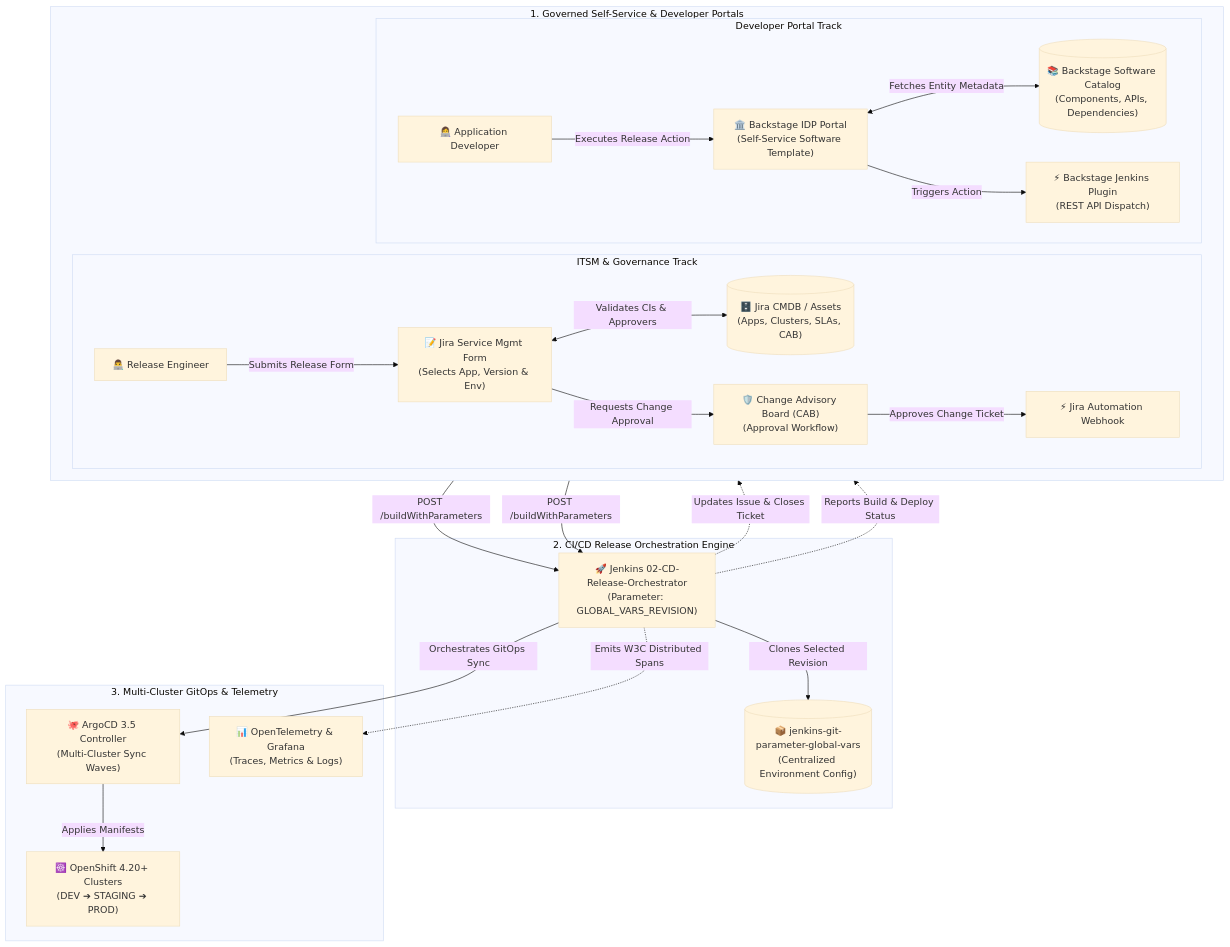
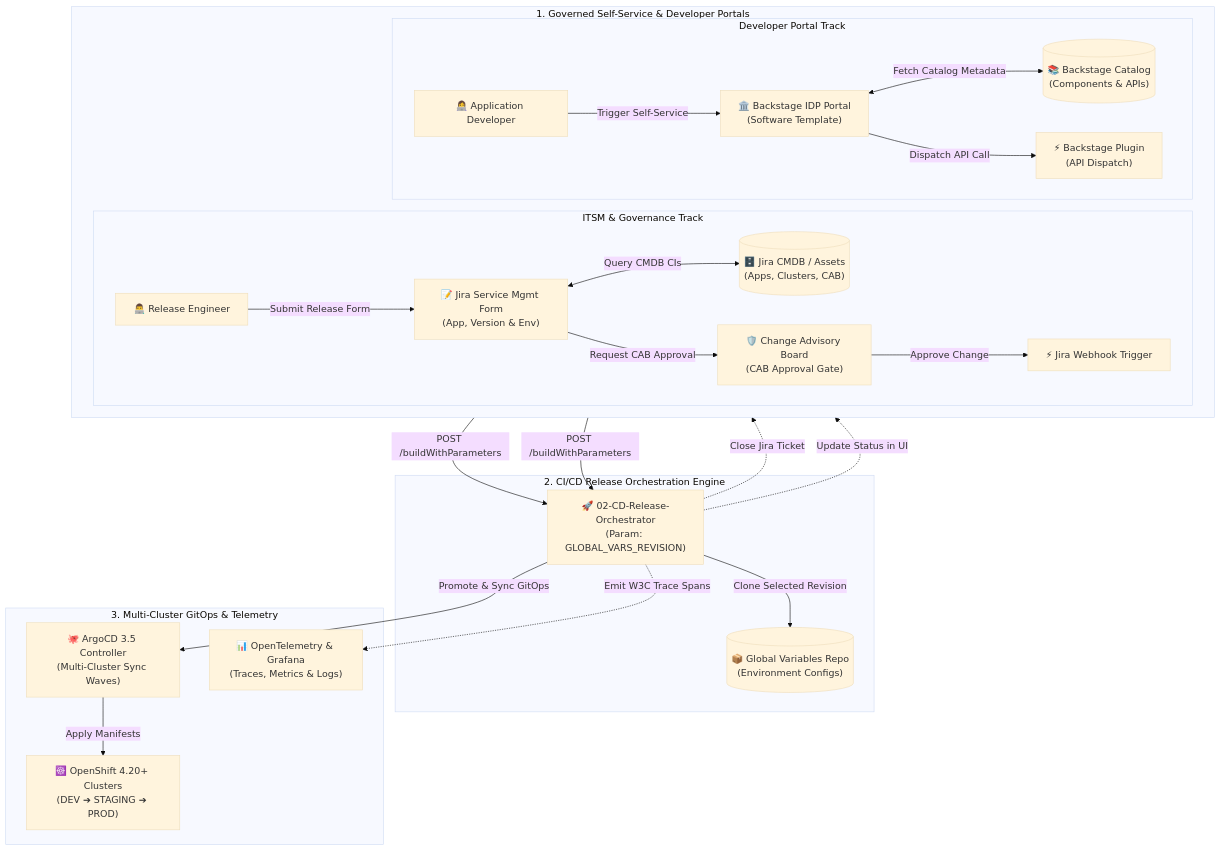
The fourth of 4 diagrams in README.md (nubenetes/jenkins-git-parameter), drawn with Mermaid (base theme) before and after one commit.

Commit message:
docs: optimize node widths and text wrapping in Diagram 4 to avoid parameter label clipping

````diff
--- a/README.md
+++ b/README.md
@@ -468,49 +468,49 @@
 ```mermaid
 flowchart TB
     subgraph SelfServicePortals["1. Governed Self-Service & Developer Portals"]
         direction LR
         subgraph JiraTrack["ITSM & Governance Track"]
             JiraUser["👨‍💻 Release Engineer"]
-            JiraForm["📝 Jira Service Mgmt Form<br/>(Selects App, Version & Env)"]
-            CMDB[("🗄️ Jira CMDB / Assets<br/>(Apps, Clusters, SLAs, CAB)")]
-            CAB["🛡️ Change Advisory Board (CAB)<br/>(Approval Workflow)"]
-            JiraWebhook["⚡ Jira Automation Webhook"]
+            JiraForm["📝 Jira Service Mgmt Form<br/>(App, Version & Env)"]
+            CMDB[("🗄️ Jira CMDB / Assets<br/>(Apps, Clusters, CAB)")]
+            CAB["🛡️ Change Advisory Board<br/>(CAB Approval Gate)"]
+            JiraWebhook["⚡ Jira Webhook Trigger"]
         end
 
         subgraph BackstageTrack["Developer Portal Track"]
             DevUser["👩‍💻 Application Developer"]
-            BackstageUI["🏛️ Backstage IDP Portal<br/>(Self-Service Software Template)"]
-            BackstageCatalog[("📚 Backstage Software Catalog<br/>(Components, APIs, Dependencies)")]
-            BackstagePlugin["⚡ Backstage Jenkins Plugin<br/>(REST API Dispatch)"]
+            BackstageUI["🏛️ Backstage IDP Portal<br/>(Software Template)"]
+            BackstageCatalog[("📚 Backstage Catalog<br/>(Components & APIs)")]
+            BackstagePlugin["⚡ Backstage Plugin<br/>(API Dispatch)"]
         end
     end
 
     subgraph CI_CD_Layer["2. CI/CD Release Orchestration Engine"]
-        JenkinsCD["🚀 Jenkins 02-CD-Release-Orchestrator<br/>(Parameter: GLOBAL_VARS_REVISION)"]
-        GlobalVars[("📦 jenkins-git-parameter-global-vars<br/>(Centralized Environment Config)")]
+        JenkinsCD["🚀 02-CD-Release-Orchestrator<br/>(Param: GLOBAL_VARS_REVISION)"]
+        GlobalVars[("📦 Global Variables Repo<br/>(Environment Configs)")]
     end
 
     subgraph DeploymentObservabilityLayer["3. Multi-Cluster GitOps & Telemetry"]
         Argo["🐙 ArgoCD 3.5 Controller<br/>(Multi-Cluster Sync Waves)"]
         OCP["☸️ OpenShift 4.20+ Clusters<br/>(DEV ➔ STAGING ➔ PROD)"]
         OTel["📊 OpenTelemetry & Grafana<br/>(Traces, Metrics & Logs)"]
     end
 
-    JiraUser -->|Submits Release Form| JiraForm
-    JiraForm <-->|Validates CIs & Approvers| CMDB
-    JiraForm -->|Requests Change Approval| CAB
-    CAB -->|Approves Change Ticket| JiraWebhook
+    JiraUser -->|Submit Release Form| JiraForm
+    JiraForm <-->|Query CMDB CIs| CMDB
+    JiraForm -->|Request CAB Approval| CAB
+    CAB -->|Approve Change| JiraWebhook
     JiraWebhook -->|POST /buildWithParameters| JenkinsCD
 
-    DevUser -->|Executes Release Action| BackstageUI
-    BackstageUI <-->|Fetches Entity Metadata| BackstageCatalog
-    BackstageUI -->|Triggers Action| BackstagePlugin
+    DevUser -->|Trigger Self-Service| BackstageUI
+    BackstageUI <-->|Fetch Catalog Metadata| BackstageCatalog
+    BackstageUI -->|Dispatch API Call| BackstagePlugin
     BackstagePlugin -->|POST /buildWithParameters| JenkinsCD
 
-    JenkinsCD -->|Clones Selected Revision| GlobalVars
-    JenkinsCD -->|Orchestrates GitOps Sync| Argo
-    Argo -->|Applies Manifests| OCP
-    JenkinsCD -.->|Emits W3C Distributed Spans| OTel
-    JenkinsCD -.->|Updates Issue & Closes Ticket| JiraForm
-    JenkinsCD -.->|Reports Build & Deploy Status| BackstageUI
+    JenkinsCD -->|Clone Selected Revision| GlobalVars
+    JenkinsCD -->|Promote & Sync GitOps| Argo
+    Argo -->|Apply Manifests| OCP
+    JenkinsCD -.->|Emit W3C Trace Spans| OTel
+    JenkinsCD -.->|Close Jira Ticket| JiraForm
+    JenkinsCD -.->|Update Status in UI| BackstageUI
 ```
````
